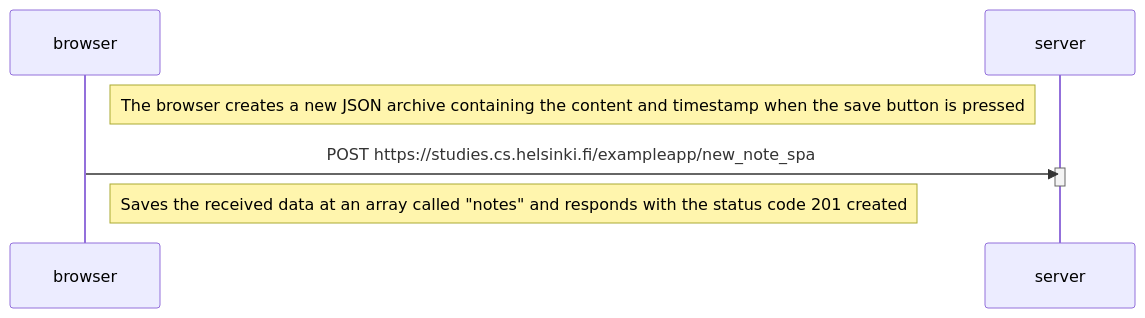
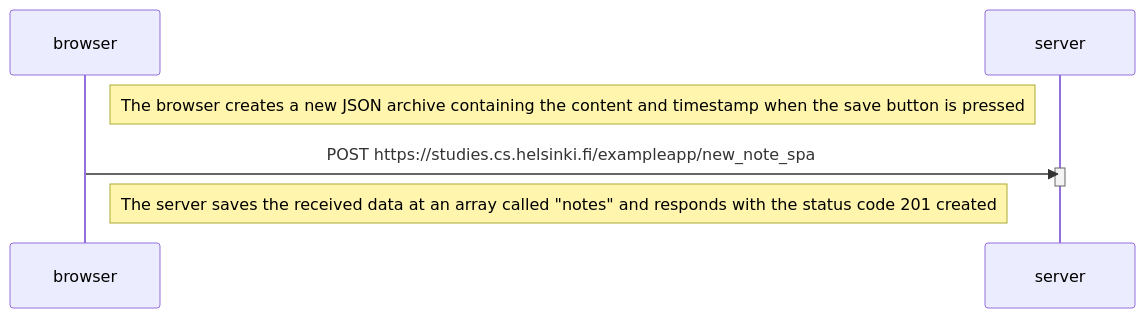
One commit to waltergabriel85/Fullstack-Course changed the diagram in Part_0/Exercise_0.6.md. Above: the diagram before and after it, drawn with Mermaid.

````diff
--- a/Part_0/Exercise_0.6.md
+++ b/Part_0/Exercise_0.6.md
@@ -2,13 +2,13 @@
 ```mermaid
 sequenceDiagram
     participant browser
     participant server
 
     Note right of browser: The browser creates a new JSON archive containing the content and timestamp when the save button is pressed
 
     browser->>server: POST https://studies.cs.helsinki.fi/exampleapp/new_note_spa
     activate server
     deactivate server
 
-    Note right of browser: Saves the received data at an array called "notes" and responds with the status code 201 created
+    Note right of browser: The server saves the received data at an array called "notes" and responds with the status code 201 created
 ```
````
